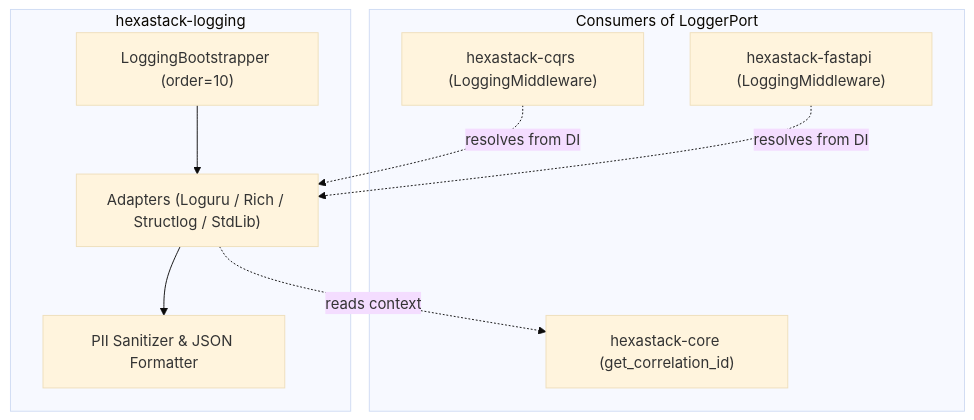
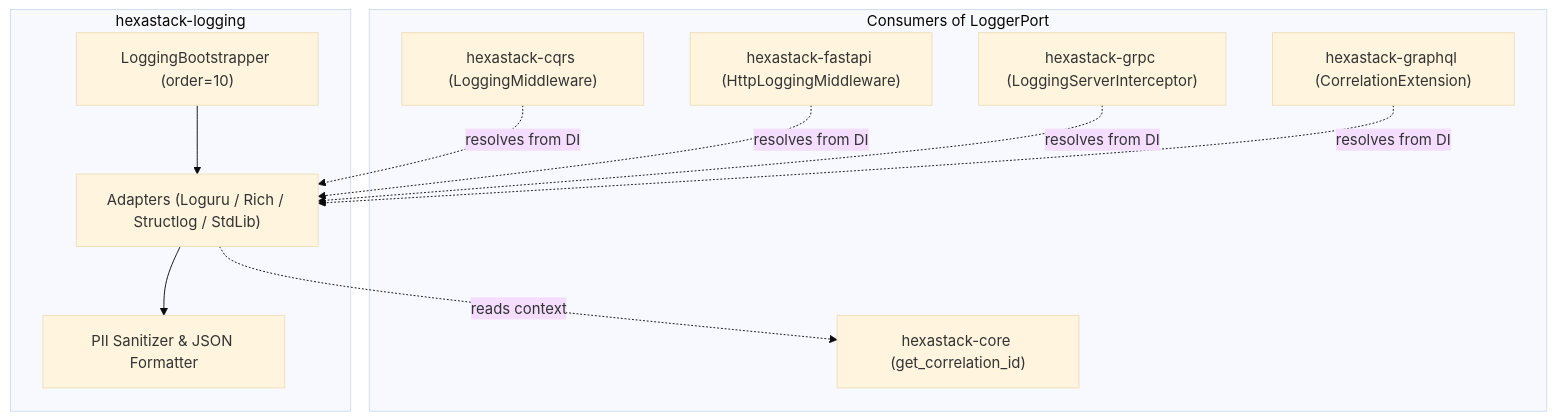
One commit to TheTrueSCU/hexastack changed the diagram in packages/hexastack_logging/README.md. Above: the diagram before and after it, drawn with Mermaid (base theme). The commit also changed 37 other files, not shown here.

````diff
--- a/packages/hexastack_logging/README.md
+++ b/packages/hexastack_logging/README.md
@@ -44,21 +44,25 @@
 ```mermaid
 graph TD
     subgraph SiblingConsumers ["Consumers of LoggerPort"]
         CQRS["hexastack-cqrs (LoggingMiddleware)"]
-        FASTAPI["hexastack-fastapi (LoggingMiddleware)"]
+        FASTAPI["hexastack-fastapi (HttpLoggingMiddleware)"]
+        GRPC["hexastack-grpc (LoggingServerInterceptor)"]
+        GRAPHQL["hexastack-graphql (CorrelationExtension)"]
         CORE_CTX["hexastack-core (get_correlation_id)"]
     end
 
     subgraph LoggingSubsystem ["hexastack-logging"]
         BOOT["LoggingBootstrapper (order=10)"]
         ADAPTERS["Adapters (Loguru / Rich / Structlog / StdLib)"]
         SAN["PII Sanitizer & JSON Formatter"]
     end
 
     BOOT --> ADAPTERS
     ADAPTERS --> SAN
     ADAPTERS -. reads context .-> CORE_CTX
 
     CQRS -. resolves from DI .-> ADAPTERS
     FASTAPI -. resolves from DI .-> ADAPTERS
+    GRPC -. resolves from DI .-> ADAPTERS
+    GRAPHQL -. resolves from DI .-> ADAPTERS
 ```
````
